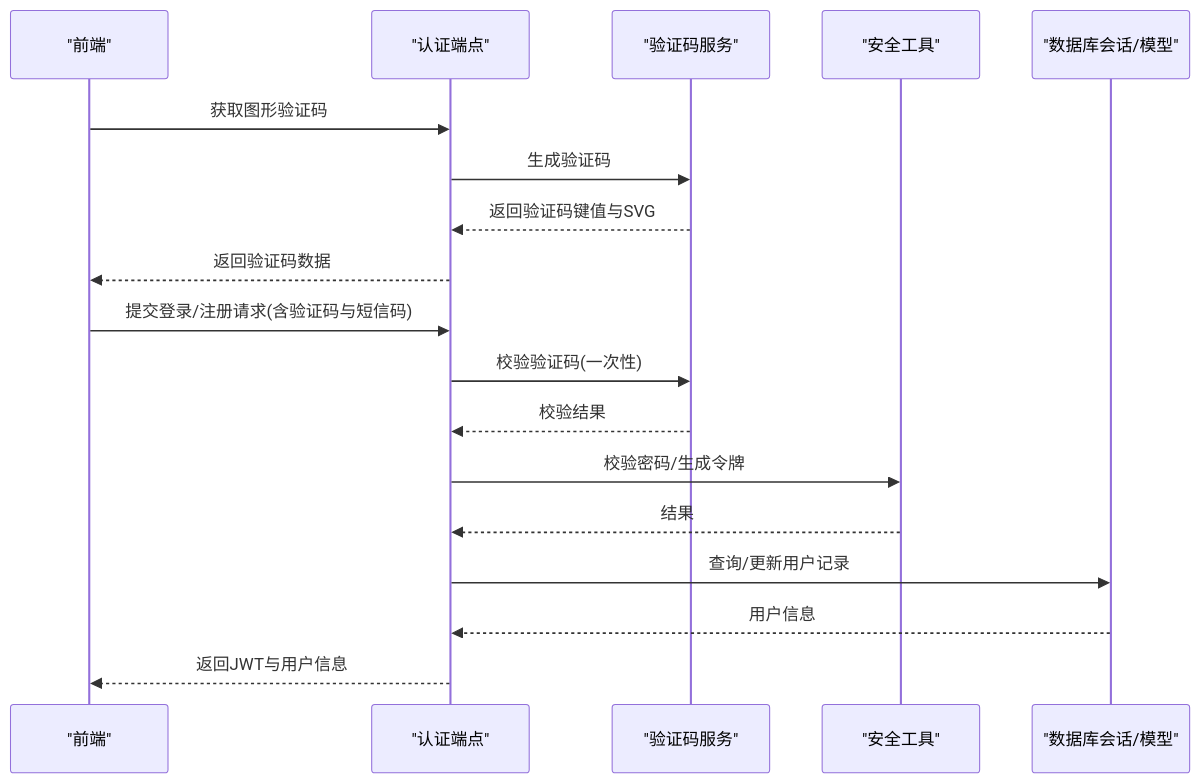
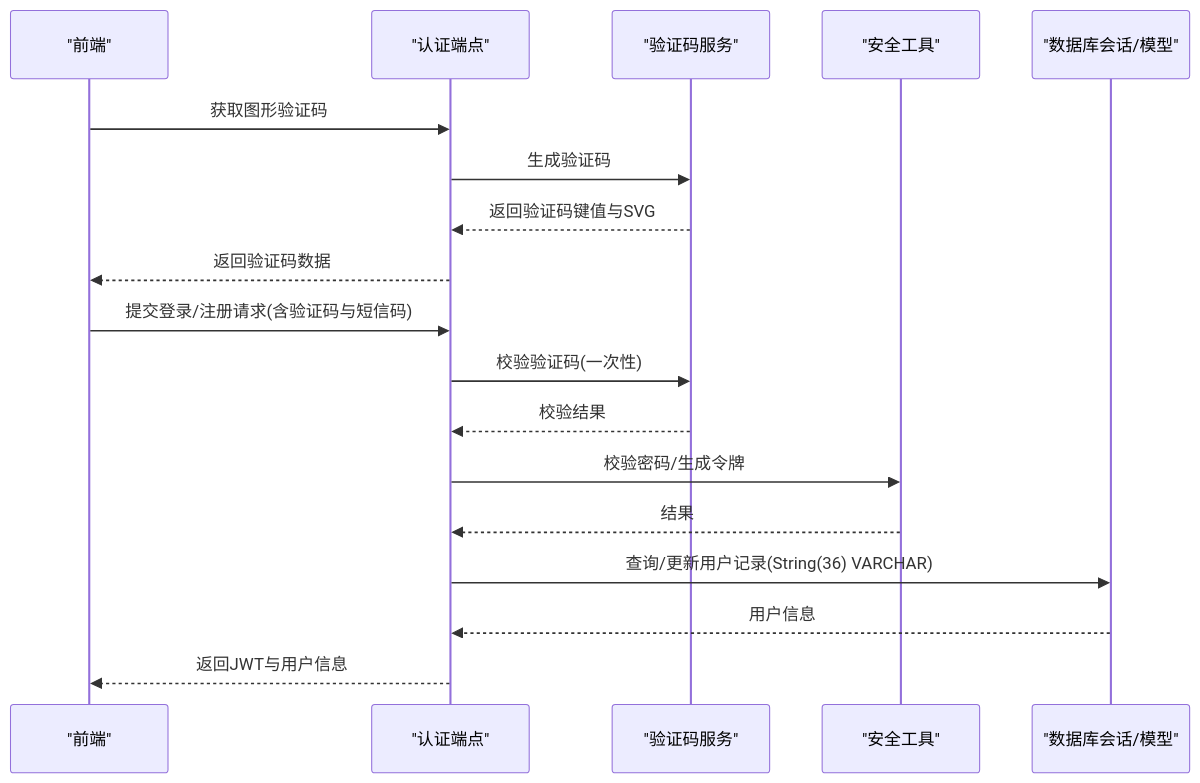
One commit to Miyuan2018/ruicheng-edu-system changed the second of 10 diagrams in .qoder/repowiki/zh/content/核心功能模块/用户认证系统.md. Above: the diagram before and after it, drawn with Mermaid. The commit also changed other lines of this file and 6 other files, not shown here.

````diff
--- a/.qoder/repowiki/zh/content/核心功能模块/用户认证系统.md
+++ b/.qoder/repowiki/zh/content/核心功能模块/用户认证系统.md
@@ -122,20 +136,20 @@
 ```mermaid
 sequenceDiagram
 participant FE as "前端"
 participant API as "认证端点"
 participant CAP as "验证码服务"
 participant SEC as "安全工具"
 participant DB as "数据库会话/模型"
 FE->>API : 获取图形验证码
 API->>CAP : 生成验证码
 CAP-->>API : 返回验证码键值与SVG
 API-->>FE : 返回验证码数据
 FE->>API : 提交登录/注册请求(含验证码与短信码)
 API->>CAP : 校验验证码(一次性)
 CAP-->>API : 校验结果
 API->>SEC : 校验密码/生成令牌
 SEC-->>API : 结果
-API->>DB : 查询/更新用户记录
+API->>DB : 查询/更新用户记录(String(36) VARCHAR)
 DB-->>API : 用户信息
 API-->>FE : 返回JWT与用户信息
 ```
````
